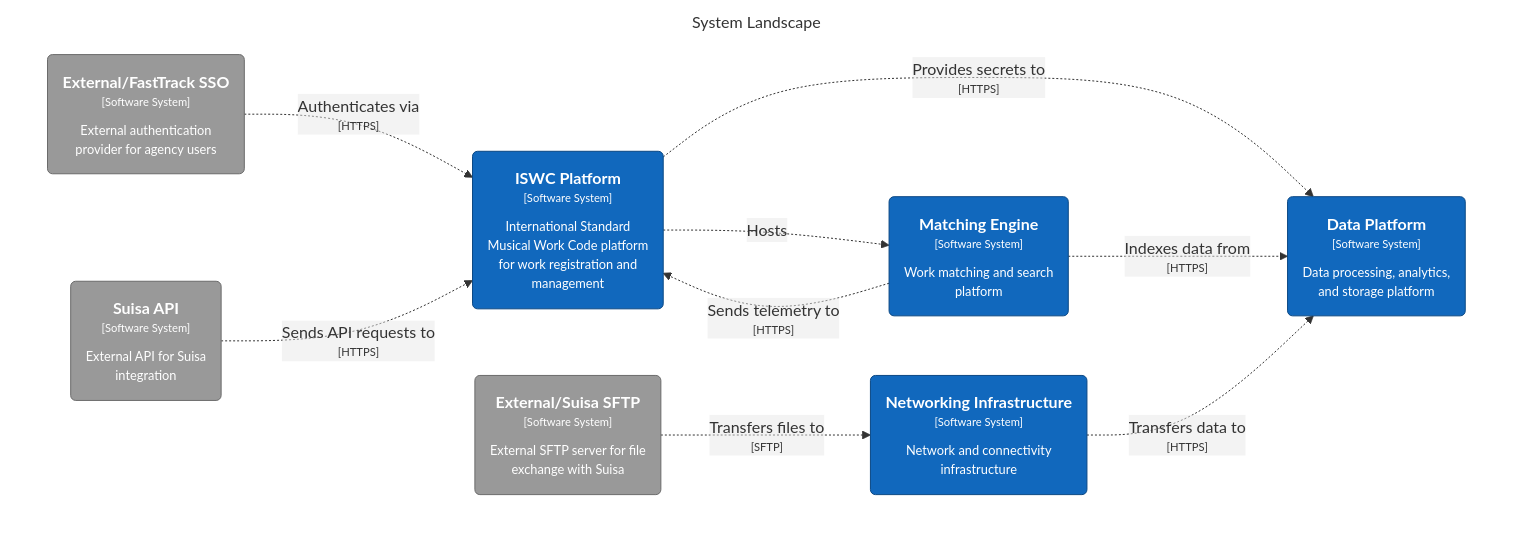
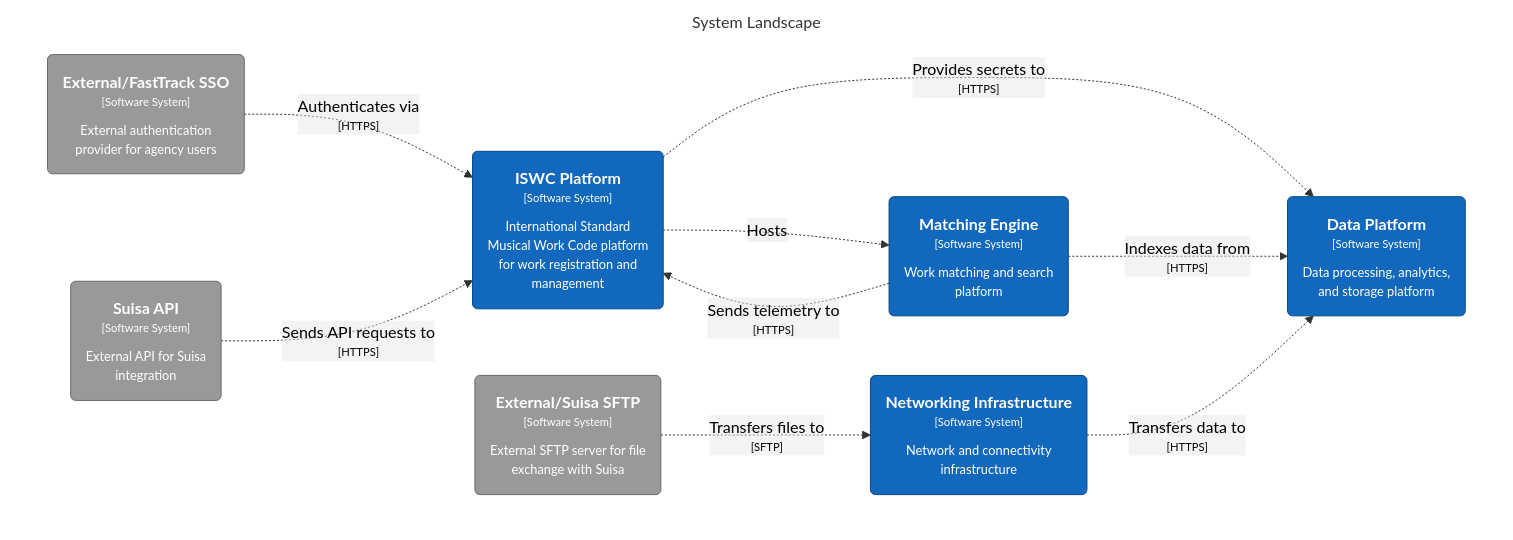
The diagram in docs/work_in_progress/infra/overview/structurizr-SystemLandscape.mmd (elbabass/audit_cisac), drawn with Mermaid before and after one commit. The commit also changed 6 other files, not shown here.

First line of the commit message:
doc: Archive current Structurizr diagrams before rebuild

```diff
--- a/docs/work_in_progress/infra/overview/structurizr-SystemLandscape.mmd
+++ b/docs/work_in_progress/infra/overview/structurizr-SystemLandscape.mmd
@@ -1,30 +1,30 @@
 graph TB
-  linkStyle default fill:#ffffff
+  linkStyle default fill:#ffffff,color:#000000
 
   subgraph diagram ["System Landscape"]
     style diagram fill:#ffffff,stroke:#ffffff
 
     1("<div style='font-weight: bold'>External/FastTrack SSO</div><div style='font-size: 70%; margin-top: 0px'>[Software System]</div><div style='font-size: 80%; margin-top:10px'>External authentication<br />provider for agency users</div>")
     style 1 fill:#999999,stroke:#6b6b6b,color:#ffffff
     13("<div style='font-weight: bold'>Matching Engine</div><div style='font-size: 70%; margin-top: 0px'>[Software System]</div><div style='font-size: 80%; margin-top:10px'>Work matching and search<br />platform</div>")
     style 13 fill:#1168bd,stroke:#0b4884,color:#ffffff
     17("<div style='font-weight: bold'>Data Platform</div><div style='font-size: 70%; margin-top: 0px'>[Software System]</div><div style='font-size: 80%; margin-top:10px'>Data processing, analytics,<br />and storage platform</div>")
     style 17 fill:#1168bd,stroke:#0b4884,color:#ffffff
     2("<div style='font-weight: bold'>Suisa API</div><div style='font-size: 70%; margin-top: 0px'>[Software System]</div><div style='font-size: 80%; margin-top:10px'>External API for Suisa<br />integration</div>")
     style 2 fill:#999999,stroke:#6b6b6b,color:#ffffff
     27("<div style='font-weight: bold'>Networking Infrastructure</div><div style='font-size: 70%; margin-top: 0px'>[Software System]</div><div style='font-size: 80%; margin-top:10px'>Network and connectivity<br />infrastructure</div>")
     style 27 fill:#1168bd,stroke:#0b4884,color:#ffffff
     3("<div style='font-weight: bold'>External/Suisa SFTP</div><div style='font-size: 70%; margin-top: 0px'>[Software System]</div><div style='font-size: 80%; margin-top:10px'>External SFTP server for file<br />exchange with Suisa</div>")
     style 3 fill:#999999,stroke:#6b6b6b,color:#ffffff
     4("<div style='font-weight: bold'>ISWC Platform</div><div style='font-size: 70%; margin-top: 0px'>[Software System]</div><div style='font-size: 80%; margin-top:10px'>International Standard<br />Musical Work Code platform<br />for work registration and<br />management</div>")
     style 4 fill:#1168bd,stroke:#0b4884,color:#ffffff
 
     1-. "<div>Authenticates via</div><div style='font-size: 70%'>[HTTPS]</div>" .->4
     2-. "<div>Sends API requests to</div><div style='font-size: 70%'>[HTTPS]</div>" .->4
     3-. "<div>Transfers files to</div><div style='font-size: 70%'>[SFTP]</div>" .->27
     4-. "<div>Hosts</div><div style='font-size: 70%'></div>" .->13
     4-. "<div>Provides secrets to</div><div style='font-size: 70%'>[HTTPS]</div>" .->17
     13-. "<div>Sends telemetry to</div><div style='font-size: 70%'>[HTTPS]</div>" .->4
     13-. "<div>Indexes data from</div><div style='font-size: 70%'>[HTTPS]</div>" .->17
     27-. "<div>Transfers data to</div><div style='font-size: 70%'>[HTTPS]</div>" .->17
   end
```
